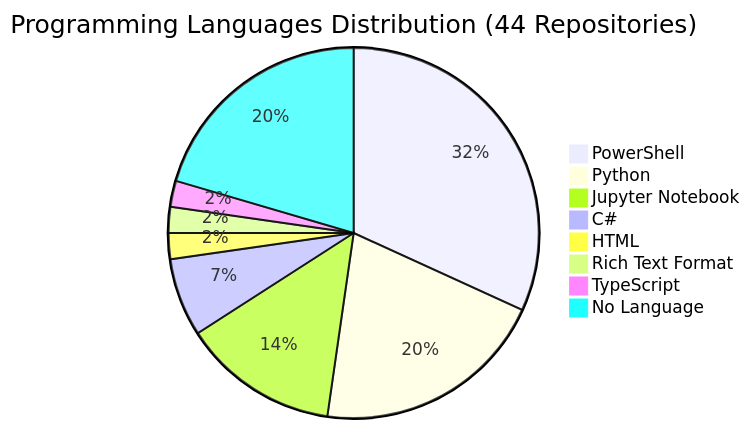
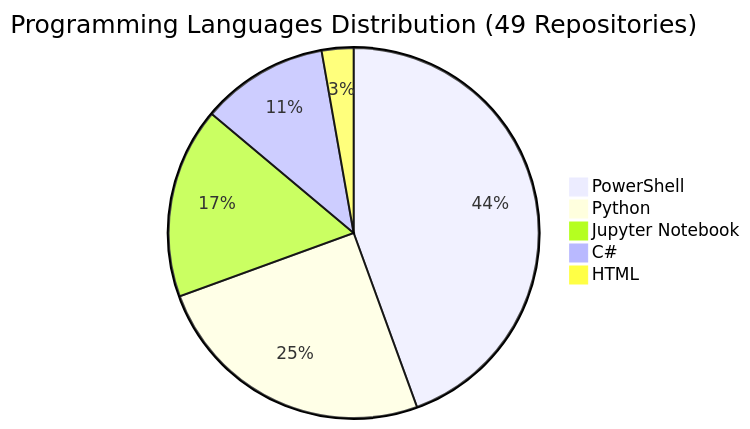
The diagram in REPOS.md (fabioc-aloha/fabioc-aloha), drawn with Mermaid before and after one commit. The commit also changed other lines of this file and 12 other files, not shown here.

````diff
--- a/REPOS.md
+++ b/REPOS.md
@@ -124,11 +127,8 @@
 ```mermaid
-pie title Programming Languages Distribution (44 Repositories)
-    "PowerShell" : 14
+pie title Programming Languages Distribution (49 Repositories)
+    "PowerShell" : 16
     "Python" : 9
     "Jupyter Notebook" : 6
-    "C#" : 3
+    "C#" : 4
     "HTML" : 1
-    "Rich Text Format" : 1
-    "TypeScript" : 1
-    "No Language" : 9
 ```
````
